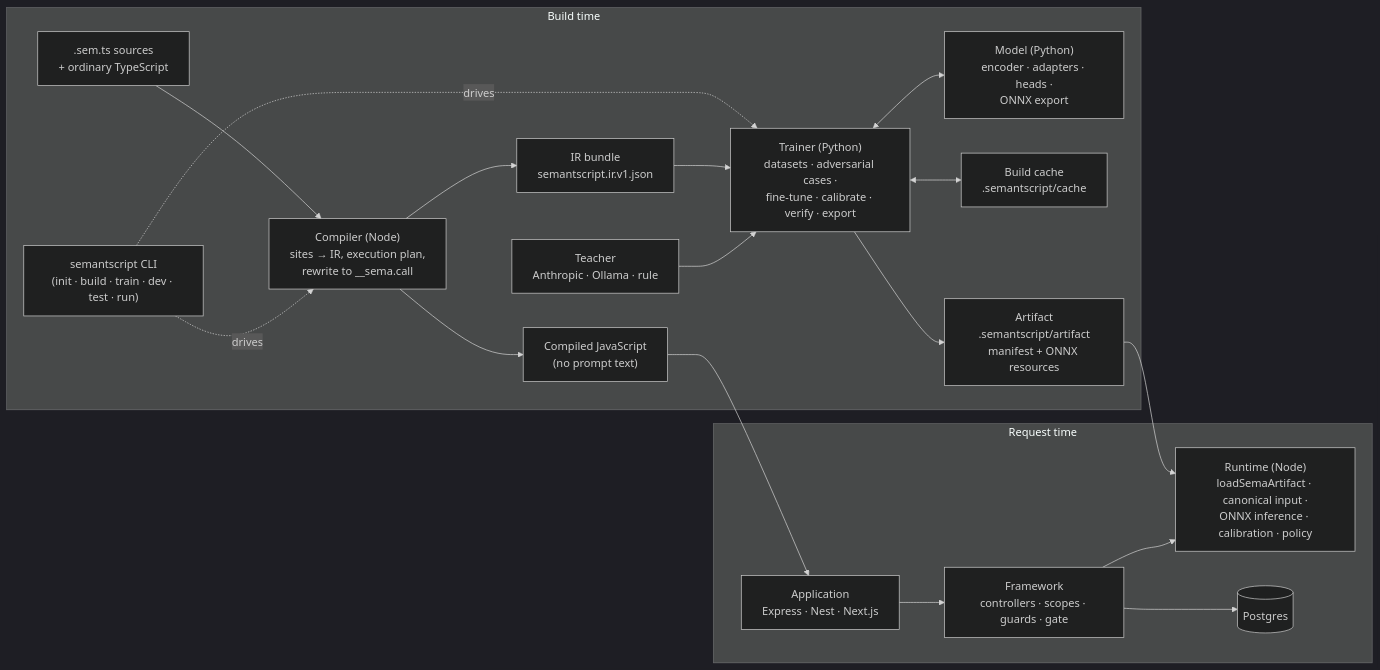
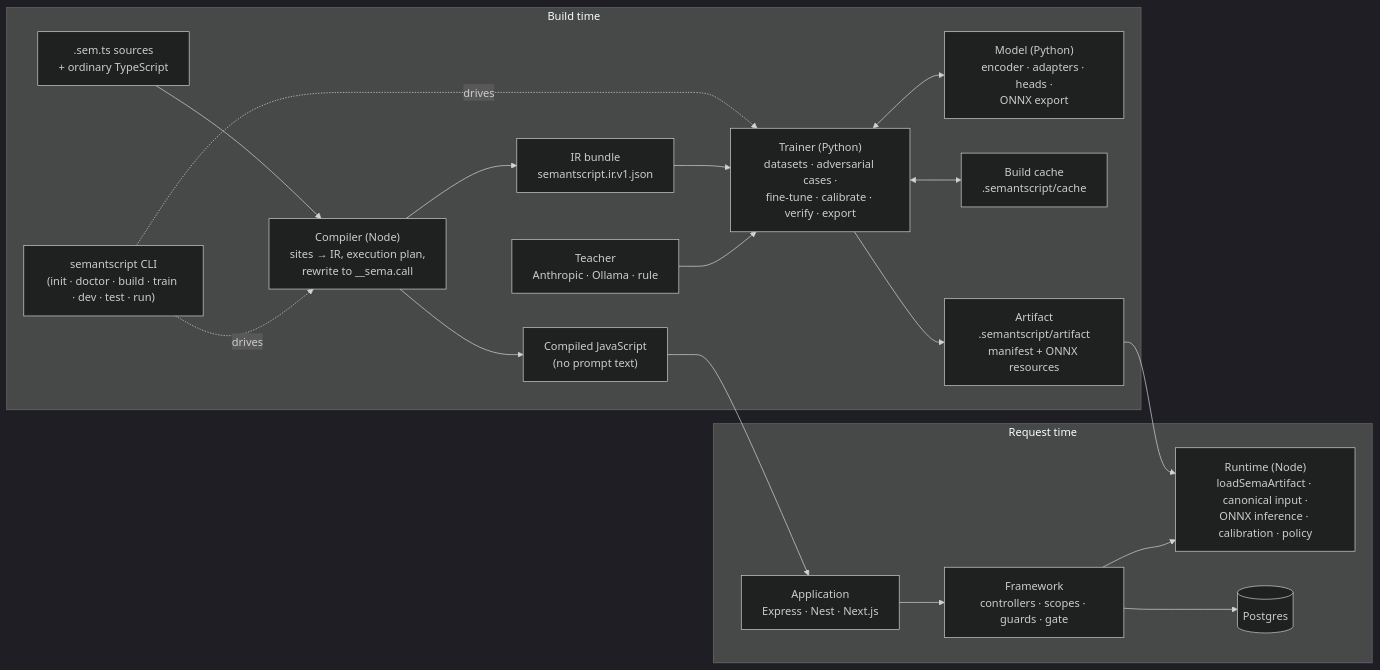
One commit to thowd22/SemantScript changed the diagram in docs/architecture.md. Above: the diagram before and after it, drawn with Mermaid (dark theme). The commit also changed other lines of this file and 25 other files, not shown here.

First line of the commit message:
TASK-14.2: semantscript doctor, train preflight and init environment checks

````diff
--- a/docs/architecture.md
+++ b/docs/architecture.md
@@ -9,36 +9,36 @@
 ```mermaid
 flowchart LR
   subgraph build["Build time"]
     SRC[".sem.ts sources\n+ ordinary TypeScript"]
-    CLI["semantscript CLI\n(init · build · train · dev · test · run)"]
+    CLI["semantscript CLI\n(init · doctor · build · train · dev · test · run)"]
     COMP["Compiler (Node)\nsites → IR, execution plan,\nrewrite to __sema.call"]
     JS["Compiled JavaScript\n(no prompt text)"]
     IR["IR bundle\nsemantscript.ir.v1.json"]
     TEACH["Teacher\nAnthropic · Ollama · rule"]
     TRAIN["Trainer (Python)\ndatasets · adversarial cases ·\nfine-tune · calibrate · verify · export"]
     MODEL["Model (Python)\nencoder · adapters · heads ·\nONNX export"]
     CACHE["Build cache\n.semantscript/cache"]
     ART["Artifact\n.semantscript/artifact\nmanifest + ONNX resources"]
   end
   subgraph run["Request time"]
     APP["Application\nExpress · Nest · Next.js"]
     FW["Framework\ncontrollers · scopes · guards · gate"]
     RT["Runtime (Node)\nloadSemaArtifact · canonical input ·\nONNX inference · calibration · policy"]
     DB[("Postgres")]
   end
   SRC --> COMP
   CLI -. drives .-> COMP
   CLI -. drives .-> TRAIN
   COMP --> JS
   COMP --> IR
   IR --> TRAIN
   TEACH --> TRAIN
   TRAIN <--> MODEL
   TRAIN <--> CACHE
   TRAIN --> ART
   JS --> APP
   ART --> RT
   APP --> FW
   FW --> RT
   FW --> DB
 ```
````
